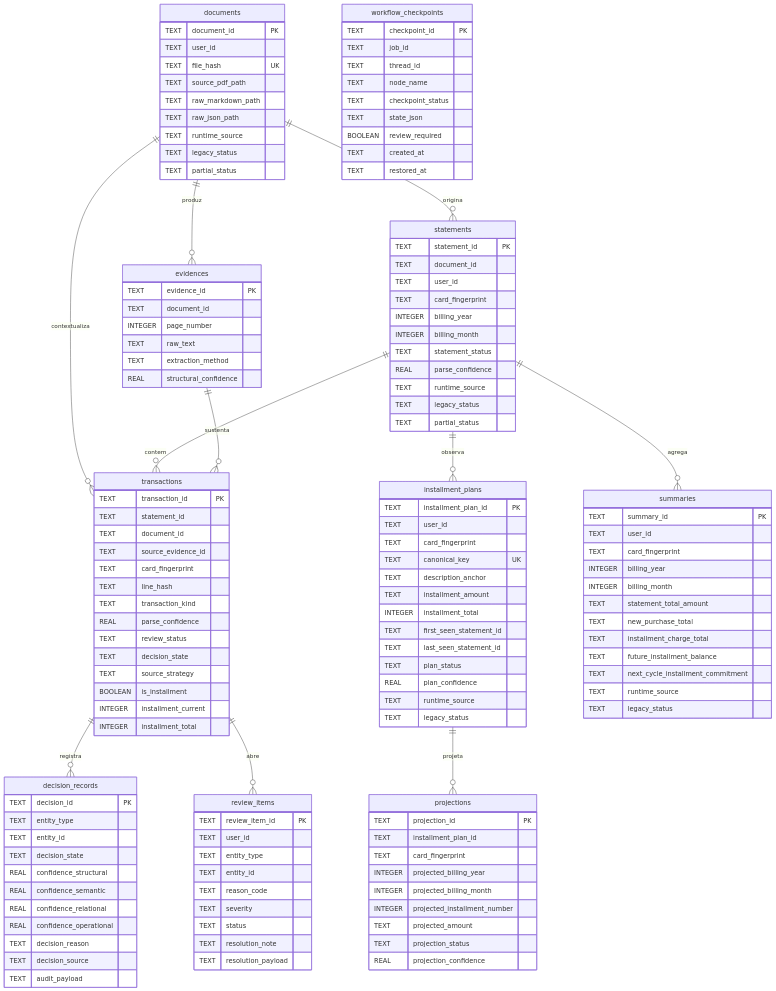
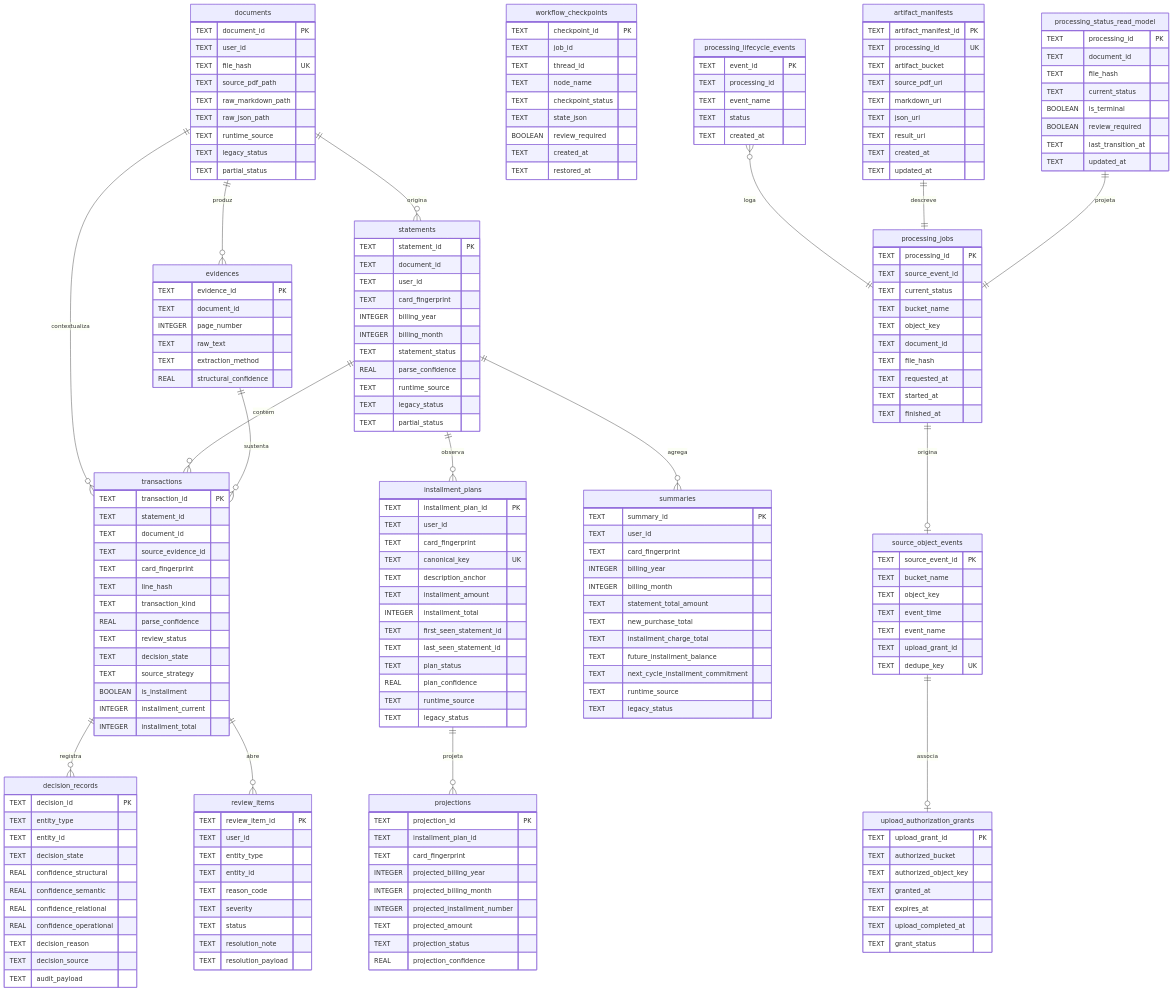
Before and after one commit to maxsonferovante/faturama: the diagram in docs/database-schema.md, drawn with Mermaid. The commit also changed other lines of this file, not shown here.

Commit message:
feat: update database schema with invoice processing tables and add local lambda dispatcher artifact

````diff
--- a/docs/database-schema.md
+++ b/docs/database-schema.md
@@ -396,6 +490,70 @@
         TEXT restored_at
     }
 
+    upload_authorization_grants {
+        TEXT upload_grant_id PK
+        TEXT authorized_bucket
+        TEXT authorized_object_key
+        TEXT granted_at
+        TEXT expires_at
+        TEXT upload_completed_at
+        TEXT grant_status
+    }
+
+    source_object_events {
+        TEXT source_event_id PK
+        TEXT bucket_name
+        TEXT object_key
+        TEXT event_time
+        TEXT event_name
+        TEXT upload_grant_id
+        TEXT dedupe_key UK
+    }
+
+    processing_jobs {
+        TEXT processing_id PK
+        TEXT source_event_id
+        TEXT current_status
+        TEXT bucket_name
+        TEXT object_key
+        TEXT document_id
+        TEXT file_hash
+        TEXT requested_at
+        TEXT started_at
+        TEXT finished_at
+    }
+
+    processing_lifecycle_events {
+        TEXT event_id PK
+        TEXT processing_id
+        TEXT event_name
+        TEXT status
+        TEXT created_at
+    }
+
+    artifact_manifests {
+        TEXT artifact_manifest_id PK
+        TEXT processing_id UK
+        TEXT artifact_bucket
+        TEXT source_pdf_uri
+        TEXT markdown_uri
+        TEXT json_uri
+        TEXT result_uri
+        TEXT created_at
+        TEXT updated_at
+    }
+
+    processing_status_read_model {
+        TEXT processing_id PK
+        TEXT document_id
+        TEXT file_hash
+        TEXT current_status
+        BOOLEAN is_terminal
+        BOOLEAN review_required
+        TEXT last_transition_at
+        TEXT updated_at
+    }
+
     documents ||--o{ statements : origina
     documents ||--o{ evidences : produz
     documents ||--o{ transactions : contextualiza
@@ -406,4 +564,10 @@
     statements ||--o{ summaries : agrega
     transactions ||--o{ decision_records : registra
     transactions ||--o{ review_items : abre
+
+    source_object_events ||--o| upload_authorization_grants : associa
+    processing_jobs ||--o| source_object_events : origina
+    processing_lifecycle_events }o--|| processing_jobs : loga
+    artifact_manifests ||--|| processing_jobs : descreve
+    processing_status_read_model ||--|| processing_jobs : projeta
 ```
````
